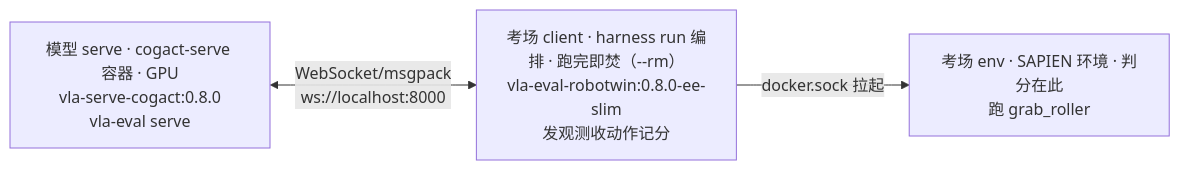
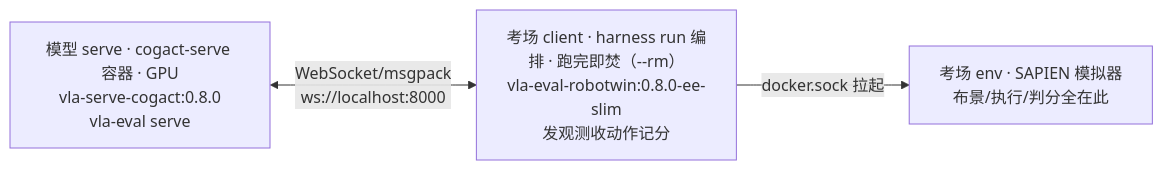
The diagram in docs/tutorial/quickstart.md (link-seek/partner-vla-eval), drawn with Mermaid before and after one commit.

Commit message:
docs: env标注为SAPIEN模拟器（布景/执行/判分）

````diff
--- a/docs/tutorial/quickstart.md
+++ b/docs/tutorial/quickstart.md
@@ -10,8 +10,8 @@
 ```mermaid
 flowchart LR
     S["模型 serve · cogact-serve 容器 · GPU<br/>vla-serve-cogact:0.8.0<br/>vla-eval serve"]
     C["考场 client · harness run 编排 · 跑完即焚（--rm）<br/>vla-eval-robotwin:0.8.0-ee-slim<br/>发观测收动作记分"]
-    E["考场 env · SAPIEN 环境 · 判分在此<br/>跑 grab_roller"]
+    E["考场 env · SAPIEN 模拟器<br/>布景/执行/判分全在此"]
     S <-->|"WebSocket/msgpack<br/>ws://localhost:8000"| C
     C -->|"docker.sock 拉起"| E
 ```
````
